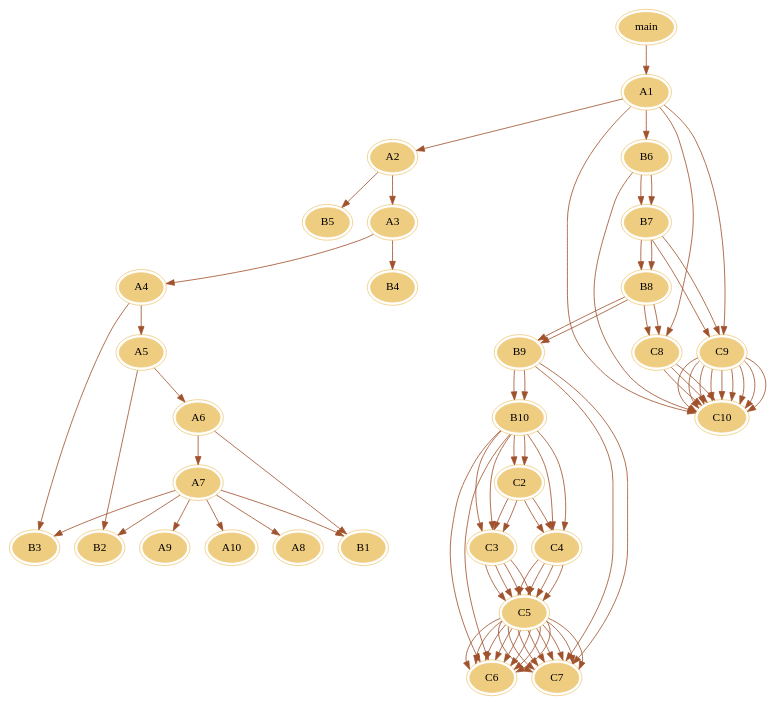
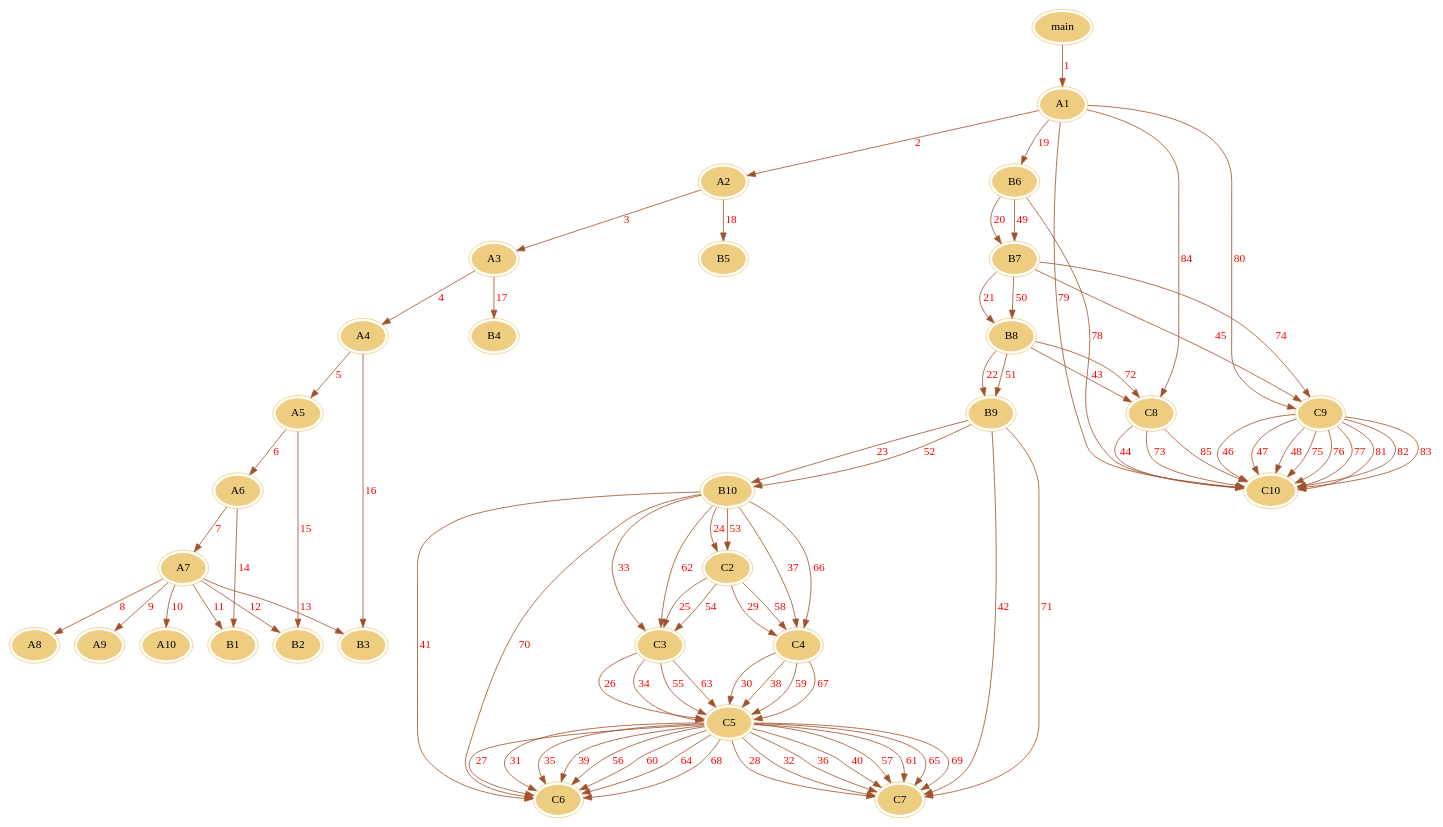
Before and after one commit to carsonshan/AspectJIdea: the diagram in out/dot/ori.dot, drawn with Graphviz. The commit also changed 3 other files, not shown here.

```diff
--- a/out/dot/ori.dot
+++ b/out/dot/ori.dot
@@ -1,91 +1,91 @@
 digraph G {
     /*初始化节点和边的颜色*/
     node [peripheries=2 style=filled color="#eecc80"]
-    edge [color="sienna" fontcolor="green"]
-main -> A1;
-A1 -> A2;
-A2 -> A3;
-A3 -> A4;
-A4 -> A5;
-A5 -> A6;
-A6 -> A7;
-A7 -> A8;
-A7 -> A9;
-A7 -> A10;
-A7 -> B1;
-A7 -> B2;
-A7 -> B3;
-A6 -> B1;
-A5 -> B2;
-A4 -> B3;
-A3 -> B4;
-A2 -> B5;
-A1 -> B6;
-B6 -> B7;
-B7 -> B8;
-B8 -> B9;
-B9 -> B10;
-B10 -> C2;
-C2 -> C3;
-C3 -> C5;
-C5 -> C6;
-C5 -> C7;
-C2 -> C4;
-C4 -> C5;
-C5 -> C6;
-C5 -> C7;
-B10 -> C3;
-C3 -> C5;
-C5 -> C6;
-C5 -> C7;
-B10 -> C4;
-C4 -> C5;
-C5 -> C6;
-C5 -> C7;
-B10 -> C6;
-B9 -> C7;
-B8 -> C8;
-C8 -> C10;
-B7 -> C9;
-C9 -> C10;
-C9 -> C10;
-C9 -> C10;
-B6 -> B7;
-B7 -> B8;
-B8 -> B9;
-B9 -> B10;
-B10 -> C2;
-C2 -> C3;
-C3 -> C5;
-C5 -> C6;
-C5 -> C7;
-C2 -> C4;
-C4 -> C5;
-C5 -> C6;
-C5 -> C7;
-B10 -> C3;
-C3 -> C5;
-C5 -> C6;
-C5 -> C7;
-B10 -> C4;
-C4 -> C5;
-C5 -> C6;
-C5 -> C7;
-B10 -> C6;
-B9 -> C7;
-B8 -> C8;
-C8 -> C10;
-B7 -> C9;
-C9 -> C10;
-C9 -> C10;
-C9 -> C10;
-B6 -> C10;
-A1 -> C10;
-A1 -> C9;
-C9 -> C10;
-C9 -> C10;
-C9 -> C10;
-A1 -> C8;
-C8 -> C10;
+    edge [color="sienna" fontcolor="red"]
+main -> A1[label=1];
+A1 -> A2[label=2];
+A2 -> A3[label=3];
+A3 -> A4[label=4];
+A4 -> A5[label=5];
+A5 -> A6[label=6];
+A6 -> A7[label=7];
+A7 -> A8[label=8];
+A7 -> A9[label=9];
+A7 -> A10[label=10];
+A7 -> B1[label=11];
+A7 -> B2[label=12];
+A7 -> B3[label=13];
+A6 -> B1[label=14];
+A5 -> B2[label=15];
+A4 -> B3[label=16];
+A3 -> B4[label=17];
+A2 -> B5[label=18];
+A1 -> B6[label=19];
+B6 -> B7[label=20];
+B7 -> B8[label=21];
+B8 -> B9[label=22];
+B9 -> B10[label=23];
+B10 -> C2[label=24];
+C2 -> C3[label=25];
+C3 -> C5[label=26];
+C5 -> C6[label=27];
+C5 -> C7[label=28];
+C2 -> C4[label=29];
+C4 -> C5[label=30];
+C5 -> C6[label=31];
+C5 -> C7[label=32];
+B10 -> C3[label=33];
+C3 -> C5[label=34];
+C5 -> C6[label=35];
+C5 -> C7[label=36];
+B10 -> C4[label=37];
+C4 -> C5[label=38];
+C5 -> C6[label=39];
+C5 -> C7[label=40];
+B10 -> C6[label=41];
+B9 -> C7[label=42];
+B8 -> C8[label=43];
+C8 -> C10[label=44];
+B7 -> C9[label=45];
+C9 -> C10[label=46];
+C9 -> C10[label=47];
+C9 -> C10[label=48];
+B6 -> B7[label=49];
+B7 -> B8[label=50];
+B8 -> B9[label=51];
+B9 -> B10[label=52];
+B10 -> C2[label=53];
+C2 -> C3[label=54];
+C3 -> C5[label=55];
+C5 -> C6[label=56];
+C5 -> C7[label=57];
+C2 -> C4[label=58];
+C4 -> C5[label=59];
+C5 -> C6[label=60];
+C5 -> C7[label=61];
+B10 -> C3[label=62];
+C3 -> C5[label=63];
+C5 -> C6[label=64];
+C5 -> C7[label=65];
+B10 -> C4[label=66];
+C4 -> C5[label=67];
+C5 -> C6[label=68];
+C5 -> C7[label=69];
+B10 -> C6[label=70];
+B9 -> C7[label=71];
+B8 -> C8[label=72];
+C8 -> C10[label=73];
+B7 -> C9[label=74];
+C9 -> C10[label=75];
+C9 -> C10[label=76];
+C9 -> C10[label=77];
+B6 -> C10[label=78];
+A1 -> C10[label=79];
+A1 -> C9[label=80];
+C9 -> C10[label=81];
+C9 -> C10[label=82];
+C9 -> C10[label=83];
+A1 -> C8[label=84];
+C8 -> C10[label=85];
 
 }
```
